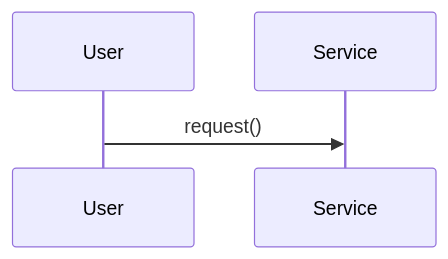
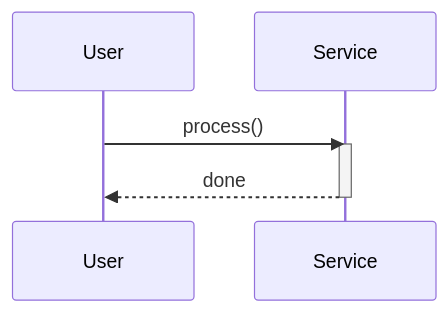
The diagram in System Design/Low Level Design/UML Diagrams/Sequence Diagram.md (binarydevelop/Obsidian-study-vault), drawn with Mermaid before and after one commit.

Commit message:
vault backup: 2025-12-28 16:15:39
Affected files:
System Design/Low Level Design/UML Diagrams/Sequence Diagram.md

````diff
--- a/System Design/Low Level Design/UML Diagrams/Sequence Diagram.md
+++ b/System Design/Low Level Design/UML Diagrams/Sequence Diagram.md
@@ -18,5 +18,8 @@
 ```mermaid
 sequenceDiagram
-    User->>Service: request()
+    User->>Service: process()
+    activate Service
+    Service-->>User: done
+    deactivate Service
 
 ```
````
